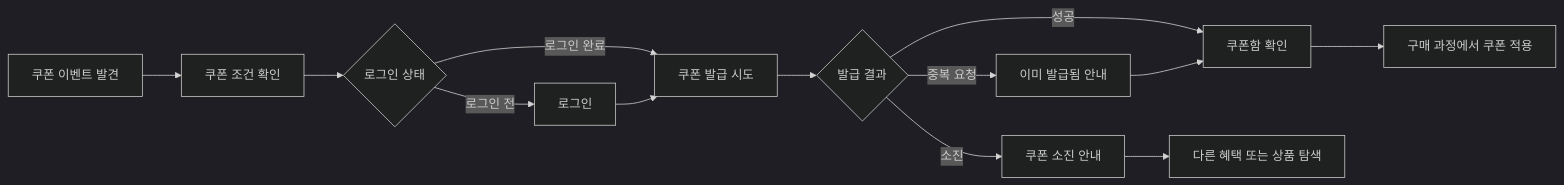
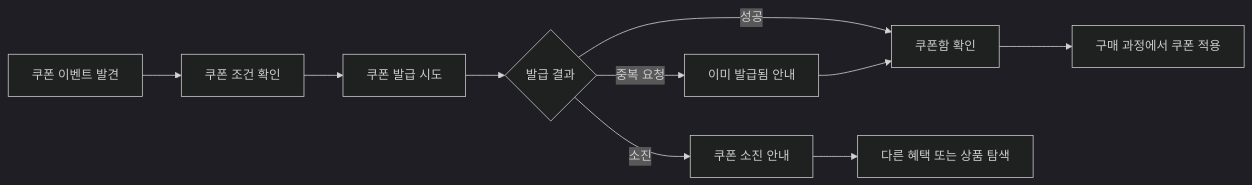
Before and after one commit to Medikong/archive: the fifth of 10 diagrams in medikong/12-user-flows.md, drawn with Mermaid (dark theme). The commit also changed other lines of this file, not shown here.

Commit message:
docs: separate auth from purchase flows

````diff
--- a/medikong/12-user-flows.md
+++ b/medikong/12-user-flows.md
@@ -84,15 +81,12 @@
 ```mermaid
 flowchart LR
     A["쿠폰 이벤트 발견"] --> B["쿠폰 조건 확인"]
-    B --> C{"로그인 상태"}
-    C -->|로그인 전| D["로그인"]
-    C -->|로그인 완료| E["쿠폰 발급 시도"]
-    D --> E
-    E --> F{"발급 결과"}
-    F -->|성공| G["쿠폰함 확인"]
-    F -->|소진| H["쿠폰 소진 안내"]
-    F -->|중복 요청| I["이미 발급됨 안내"]
-    G --> J["구매 과정에서 쿠폰 적용"]
-    H --> K["다른 혜택 또는 상품 탐색"]
-    I --> G
+    B --> C["쿠폰 발급 시도"]
+    C --> D{"발급 결과"}
+    D -->|성공| E["쿠폰함 확인"]
+    D -->|소진| F["쿠폰 소진 안내"]
+    D -->|중복 요청| G["이미 발급됨 안내"]
+    E --> H["구매 과정에서 쿠폰 적용"]
+    F --> I["다른 혜택 또는 상품 탐색"]
+    G --> E
 ```
````
